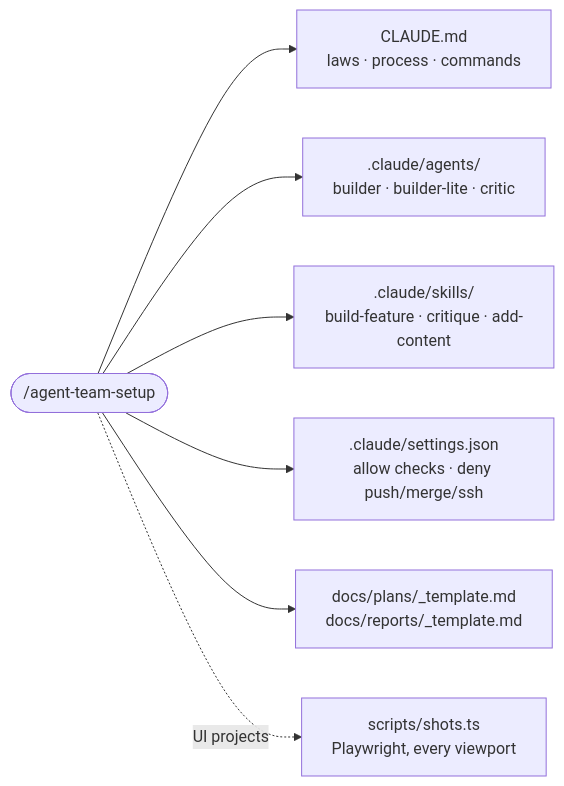
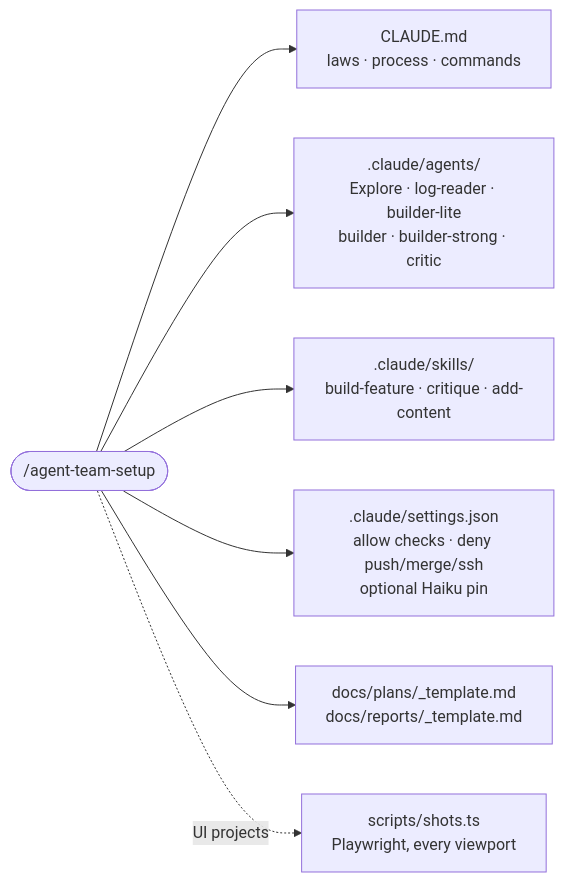
The second of 2 diagrams in README.md (cheesecake70/agent-team-setup), drawn with Mermaid before and after one commit. The commit also changed other lines of this file and 13 other files, not shown here.

````diff
--- a/README.md
+++ b/README.md
@@ -54,9 +88,9 @@
 ```mermaid
 flowchart LR
     skill(["/agent-team-setup"]) --> claude["CLAUDE.md<br/>laws · process · commands"]
-    skill --> agents[".claude/agents/<br/>builder · builder-lite · critic"]
+    skill --> agents[".claude/agents/<br/>Explore · log-reader · builder-lite<br/>builder · builder-strong · critic"]
     skill --> subs[".claude/skills/<br/>build-feature · critique · add-content"]
-    skill --> settings[".claude/settings.json<br/>allow checks · deny push/merge/ssh"]
+    skill --> settings[".claude/settings.json<br/>allow checks · deny push/merge/ssh<br/>optional Haiku pin"]
     skill --> docs["docs/plans/_template.md<br/>docs/reports/_template.md"]
     skill -.->|UI projects| shots["scripts/shots.ts<br/>Playwright, every viewport"]
 ```
````
